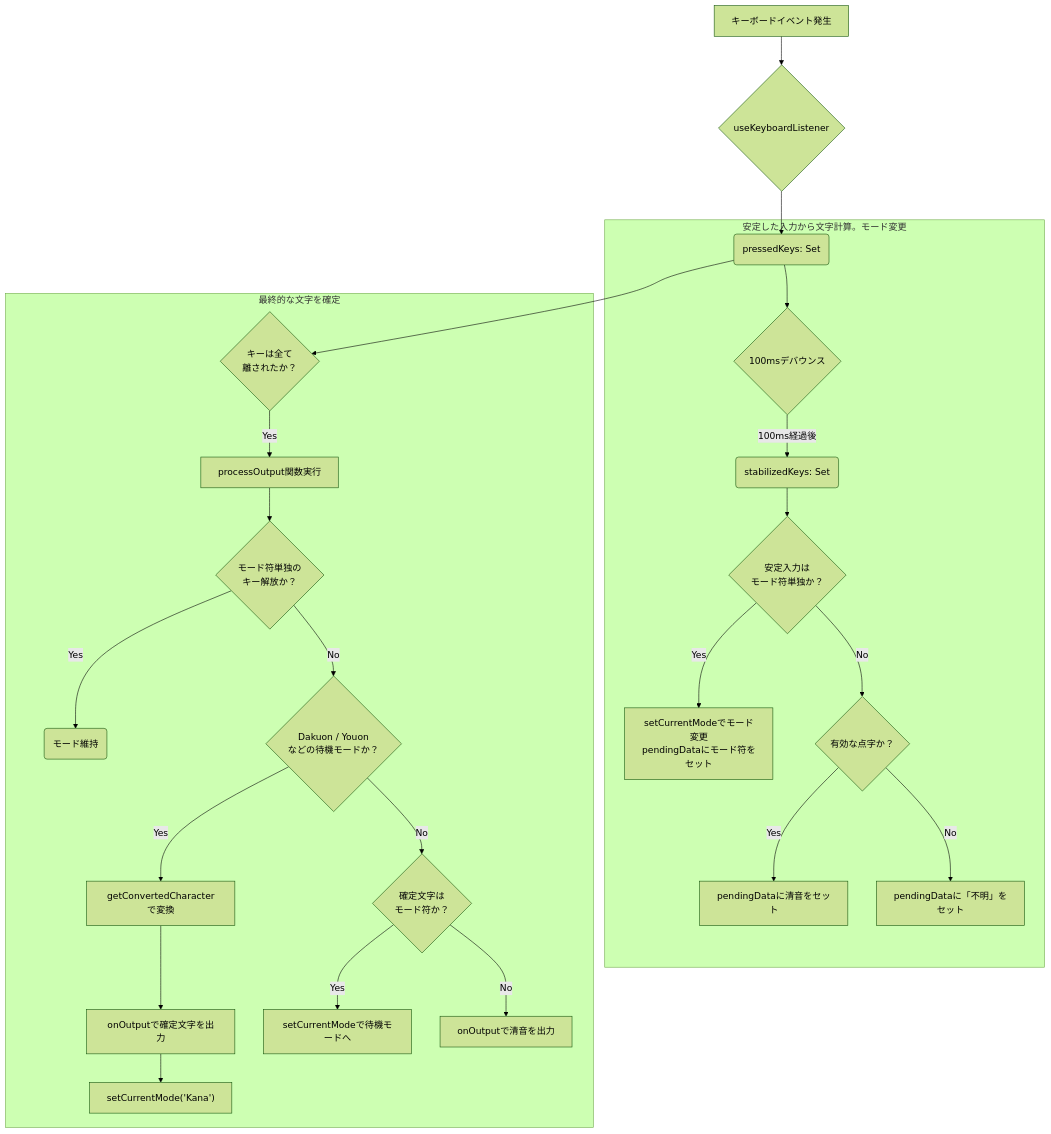
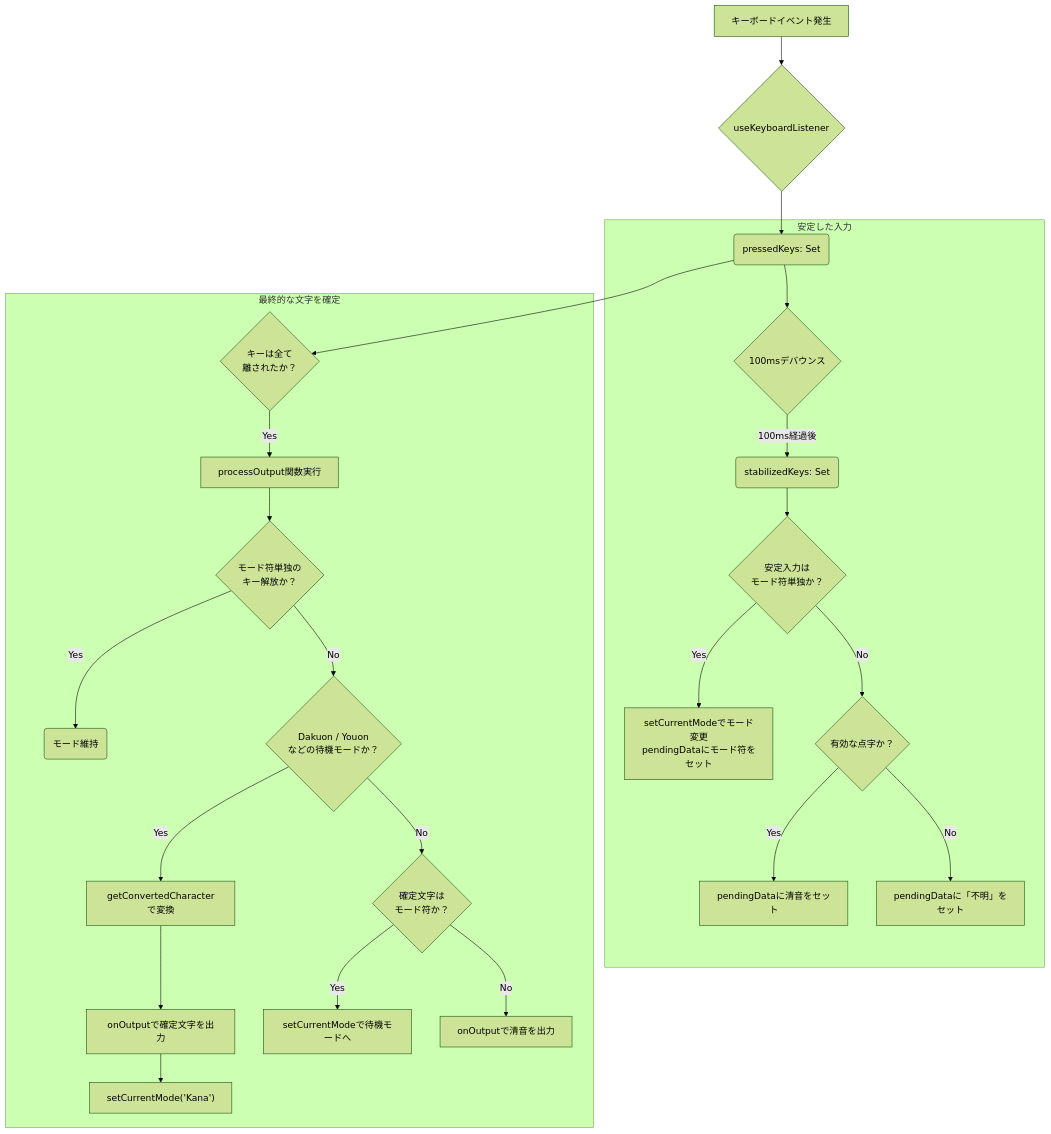
Before and after one commit to yuu5733/finger-braille-app: the diagram in README.md, drawn with Mermaid (forest theme).

Commit message:
表示上の問題の解決
見切れるので、サブグラフ名を簡潔になるように修正

````diff
--- a/README.md
+++ b/README.md
@@ -102,42 +102,42 @@
 ```mermaid
 flowchart TD
     start["キーボードイベント発生"] --> listen{"useKeyboardListener"};
     listen --> pressedKeys("pressedKeys: Set<string>");
 
     %% "Timing & Display（useBrailleInputTiming & useBrailleLogic）"
-    subgraph "安定した入力から文字計算。モード変更"
+    subgraph "安定した入力"
         pressedKeys --> debounce{"100msデバウンス"};
         debounce -- 100ms経過後 --> stabilizedKeys("stabilizedKeys: Set<string>");
 
         stabilizedKeys --> isModeKey{"安定入力は<br>モード符単独か？"};
         
         isModeKey -- Yes --> setModeDisplay["setCurrentModeでモード変更<br>pendingDataにモード符をセット"];
         isModeKey -- No --> isKana{"有効な点字か？"};
         
         isKana -- Yes --> setKanaDisplay["pendingDataに清音をセット"];
         isKana -- No --> setUnknown["pendingDataに「不明」をセット"];
     end
 
     %% Output Processing（useBrailleOutputProcessor）
     subgraph "最終的な文字を確定"
         pressedKeys --> isKeysReleased{"キーは全て<br>離されたか？"};
         
         isKeysReleased -- Yes --> processOutput["processOutput関数実行"];
         
         processOutput --> checkMaintain{"モード符単独の<br>キー解放か？"};
         
         checkMaintain -- Yes --> finish("モード維持");
         
         checkMaintain -- No --> isWaitingMode{"Dakuon / Youon<br>などの待機モードか？"};
         
         isWaitingMode -- Yes --> convert["getConvertedCharacterで変換"];
         convert --> outputChar["onOutputで確定文字を出力"];
         outputChar --> resetMode["setCurrentMode('Kana')"];
 
         isWaitingMode -- No --> isModeFu{"確定文字は<br>モード符か？"};
         
         isModeFu -- Yes --> setWaitingMode["setCurrentModeで待機モードへ"];
         
         isModeFu -- No --> outputKana["onOutputで清音を出力"];
     end
 ```
````
